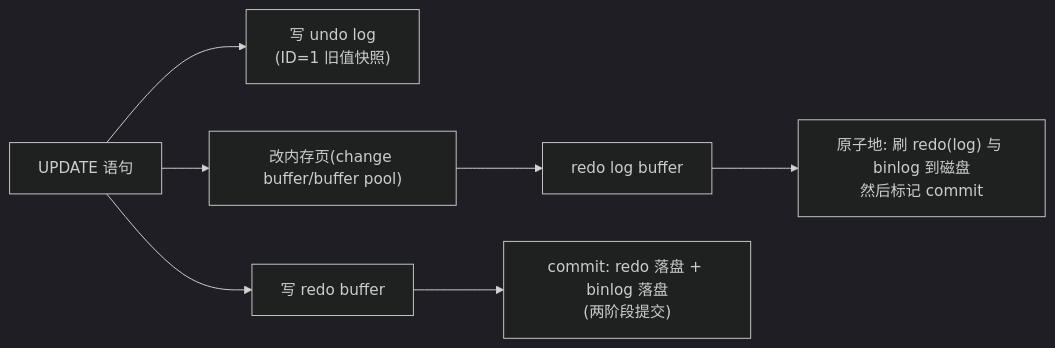
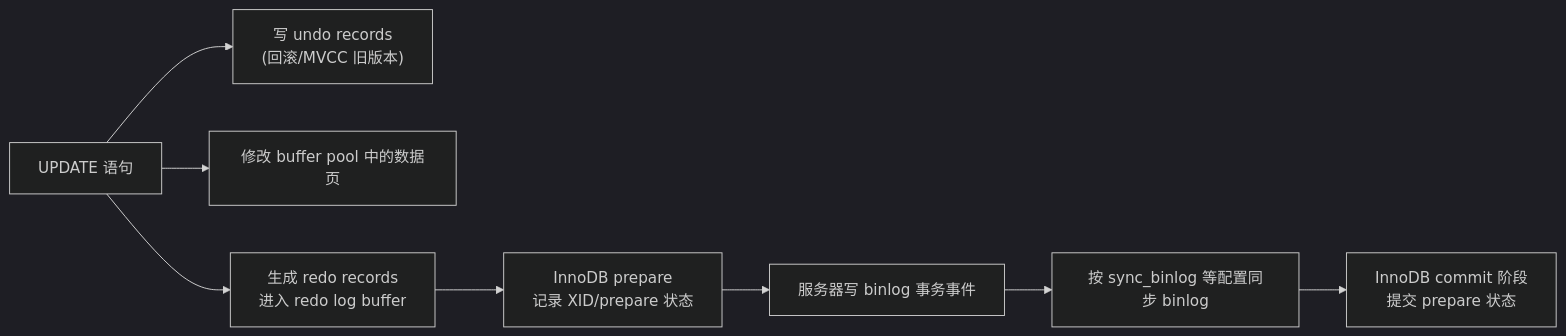
One commit to MoreConsequence/MoreConsequence.github.io changed the first of 3 diagrams in content/posts/mysql-redo-undo-binlog.md. Above: the diagram before and after it, drawn with Mermaid (dark theme). The commit also changed other lines of this file and 263 other files, not shown here.

````diff
--- a/content/posts/mysql-redo-undo-binlog.md
+++ b/content/posts/mysql-redo-undo-binlog.md
@@ -29,9 +29,10 @@
 ```mermaid
 flowchart LR
-    A["UPDATE 语句"] --> B["写 undo log<br/>(ID=1 旧值快照)"]
-    A --> C["改内存页(change buffer/buffer pool)"]
-    A --> D1["写 redo buffer"]
-    C --> D2["redo log buffer"]
-    D1 --> D3["commit: redo 落盘 + binlog 落盘<br/>(两阶段提交)"]
-    D2 --> Z["原子地: 刷 redo(log) 与 binlog 到磁盘<br/>然后标记 commit"]
+    A["UPDATE 语句"] --> B["写 undo records<br/>(回滚/MVCC 旧版本)"]
+    A --> C["修改 buffer pool 中的数据页"]
+    A --> D["生成 redo records<br/>进入 redo log buffer"]
+    D --> P["InnoDB prepare<br/>记录 XID/prepare 状态"]
+    P --> L["服务器写 binlog 事务事件"]
+    L --> S["按 sync_binlog 等配置同步 binlog"]
+    S --> K["InnoDB commit 阶段<br/>提交 prepare 状态"]
 ```
````
